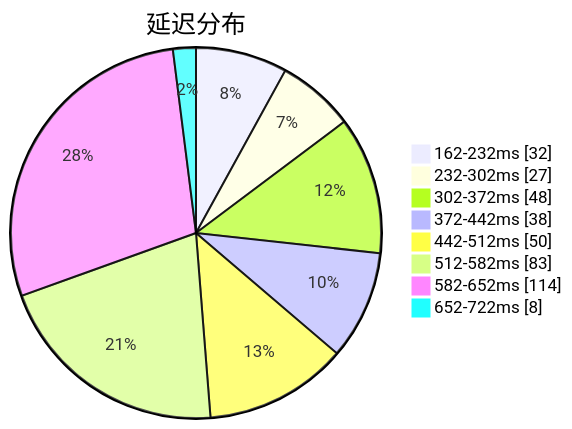
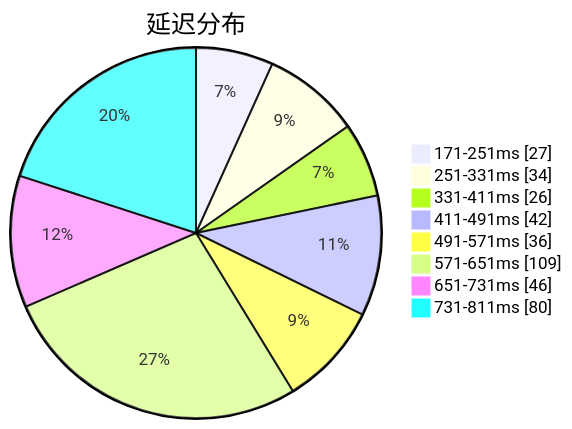
One commit to qjlxg/airport changed the first of 3 diagrams in subs/statistics/tested_within.md. Above: the diagram before and after it, drawn with Mermaid. The commit also changed other lines of this file and 2 other files, not shown here.

````diff
--- a/subs/statistics/tested_within.md
+++ b/subs/statistics/tested_within.md
@@ -2,12 +2,12 @@
 ```mermaid
 pie showData
 title 延迟分布
-"162-232ms" : 32
-"232-302ms" : 27
-"302-372ms" : 48
-"372-442ms" : 38
-"442-512ms" : 50
-"512-582ms" : 83
-"582-652ms" : 114
-"652-722ms" : 8
+"171-251ms" : 27
+"251-331ms" : 34
+"331-411ms" : 26
+"411-491ms" : 42
+"491-571ms" : 36
+"571-651ms" : 109
+"651-731ms" : 46
+"731-811ms" : 80
 ```
````
